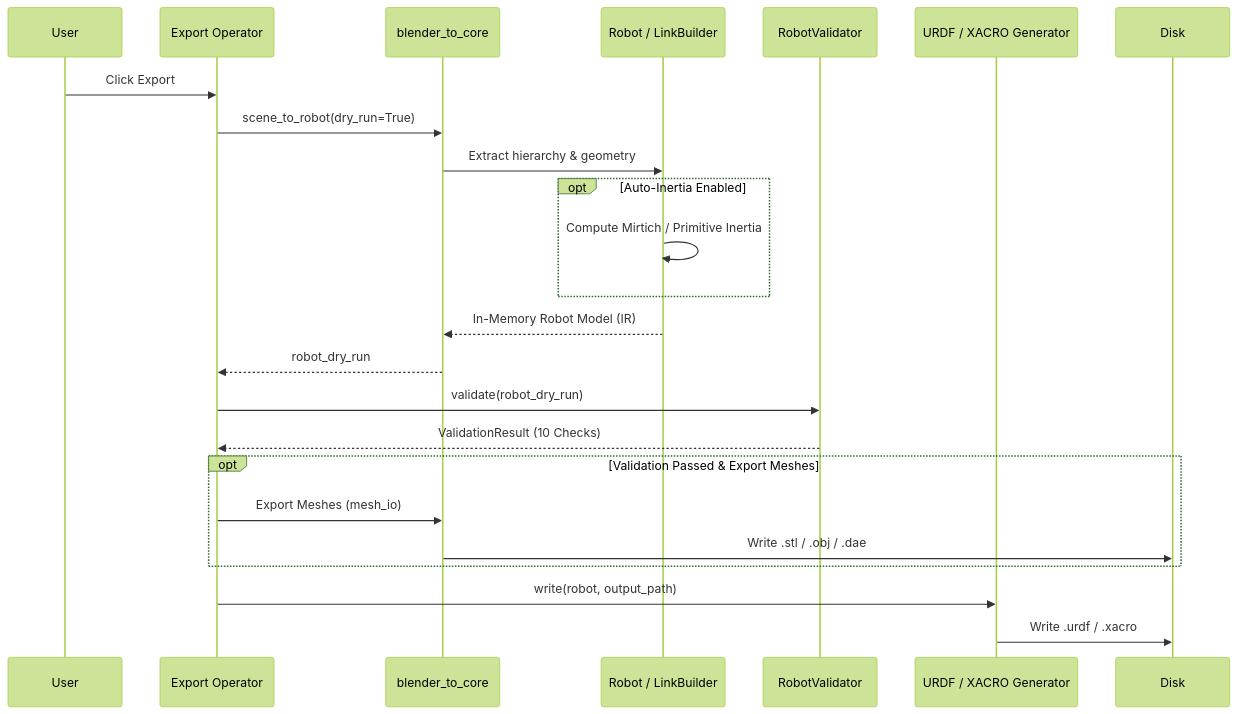
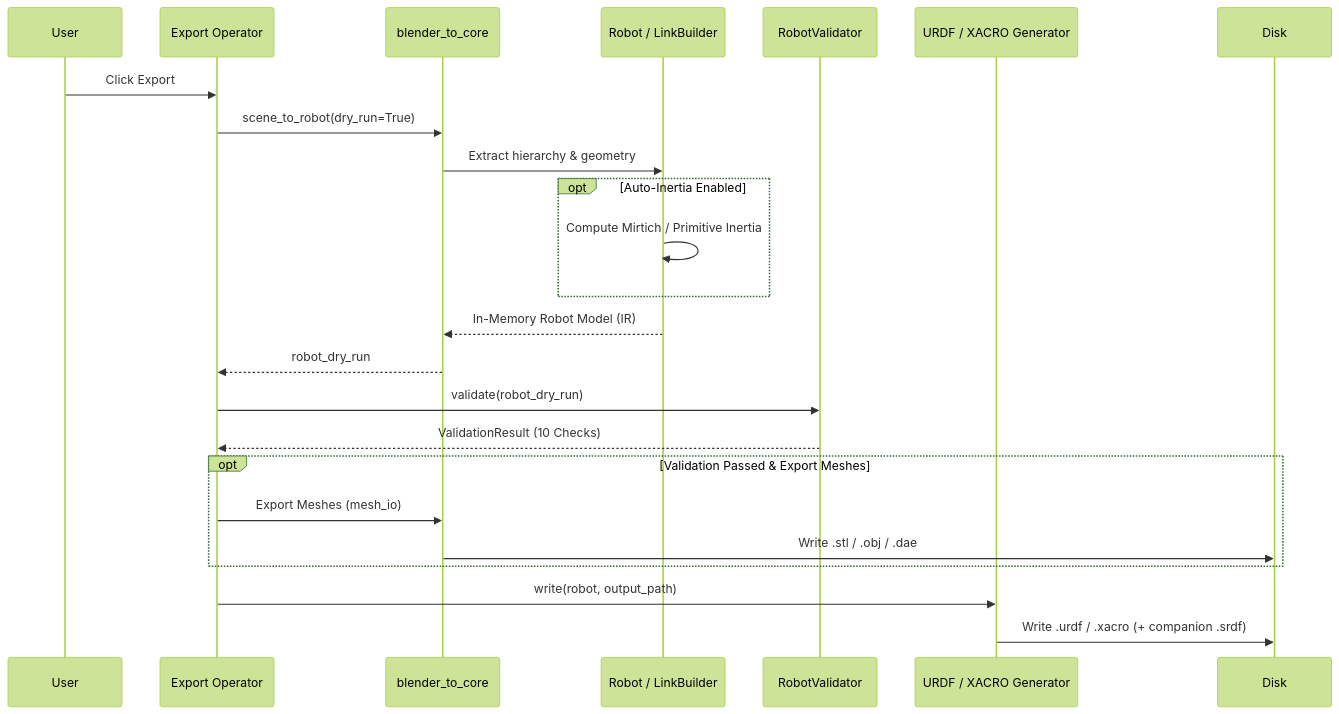
Before and after one commit to arounamounchili/linkforge: the fourth of 4 diagrams in ARCHITECTURE.md, drawn with Mermaid (forest theme). The commit also changed 59 other files, not shown here.

````diff
--- a/ARCHITECTURE.md
+++ b/ARCHITECTURE.md
@@ -68,27 +68,27 @@
 ```mermaid
 sequenceDiagram
     participant User
     participant UI as Export Operator
     participant Adapter as blender_to_core
     participant Composer as Robot / LinkBuilder
     participant Validator as RobotValidator
     participant Generator as URDF / XACRO Generator
     participant File as Disk
 
     User->>UI: Click Export
     UI->>Adapter: scene_to_robot(dry_run=True)
     Adapter->>Composer: Extract hierarchy & geometry
     opt Auto-Inertia Enabled
         Composer->>Composer: Compute Mirtich / Primitive Inertia
     end
     Composer-->>Adapter: In-Memory Robot Model (IR)
     Adapter-->>UI: robot_dry_run
     UI->>Validator: validate(robot_dry_run)
     Validator-->>UI: ValidationResult (10 Checks)
     opt Validation Passed & Export Meshes
         UI->>Adapter: Export Meshes (mesh_io)
         Adapter->>File: Write .stl / .obj / .dae
     end
     UI->>Generator: write(robot, output_path)
-    Generator->>File: Write .urdf / .xacro
+    Generator->>File: Write .urdf / .xacro (+ companion .srdf)
 ```
````
